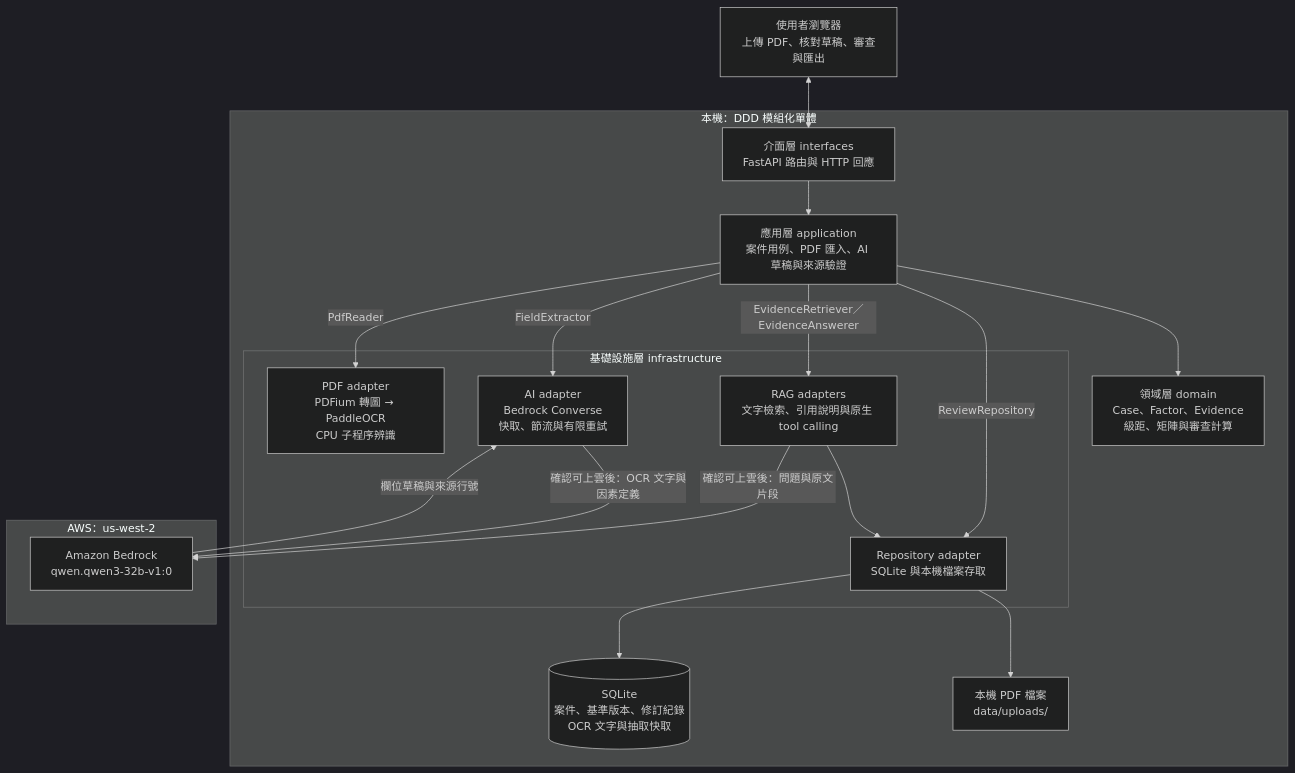
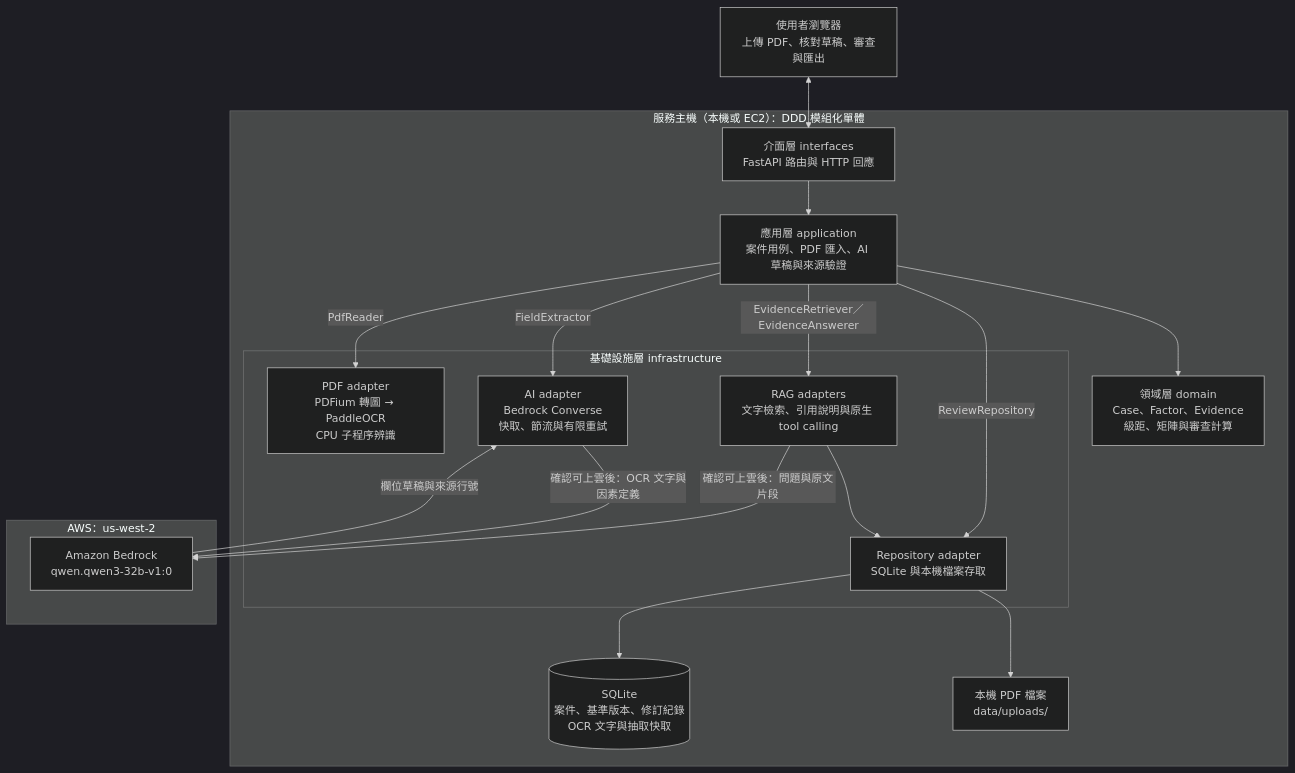
The first of 3 diagrams in README.md (ChenYi0725/hackathon), drawn with Mermaid (dark theme) before and after one commit. The commit also changed other lines of this file and 6 other files, not shown here.

````diff
--- a/README.md
+++ b/README.md
@@ -15,38 +15,38 @@
 ```mermaid
 flowchart TB
     USER["使用者瀏覽器<br/>上傳 PDF、核對草稿、審查與匯出"]
 
-    subgraph LOCAL["本機：DDD 模組化單體"]
+    subgraph LOCAL["服務主機（本機或 EC2）：DDD 模組化單體"]
         HTTP["介面層 interfaces<br/>FastAPI 路由與 HTTP 回應"]
         APP["應用層 application<br/>案件用例、PDF 匯入、AI 草稿與來源驗證"]
         DOMAIN["領域層 domain<br/>Case、Factor、Evidence<br/>級距、矩陣與審查計算"]
 
         subgraph INFRA["基礎設施層 infrastructure"]
             OCR["PDF adapter<br/>PDFium 轉圖 → PaddleOCR<br/>CPU 子程序辨識"]
             AI["AI adapter<br/>Bedrock Converse<br/>快取、節流與有限重試"]
             RAG["RAG adapters<br/>文字檢索、引用說明與原生 tool calling"]
             REPO["Repository adapter<br/>SQLite 與本機檔案存取"]
         end
 
         DB[("SQLite<br/>案件、基準版本、修訂紀錄<br/>OCR 文字與抽取快取")]
         FILES["本機 PDF 檔案<br/>data/uploads/"]
     end
 
     subgraph CLOUD["AWS：us-west-2"]
         MODEL["Amazon Bedrock<br/>qwen.qwen3-32b-v1:0"]
     end
 
     USER <--> HTTP
     HTTP --> APP
     APP --> DOMAIN
     APP -->|PdfReader| OCR
     APP -->|FieldExtractor| AI
     APP -->|ReviewRepository| REPO
     APP -->|EvidenceRetriever／EvidenceAnswerer| RAG
     RAG --> REPO
     RAG -->|確認可上雲後：問題與原文片段| MODEL
     REPO --> DB
     REPO --> FILES
     AI -->|確認可上雲後：OCR 文字與因素定義| MODEL
     MODEL -->|欄位草稿與來源行號| AI
 ```
````
